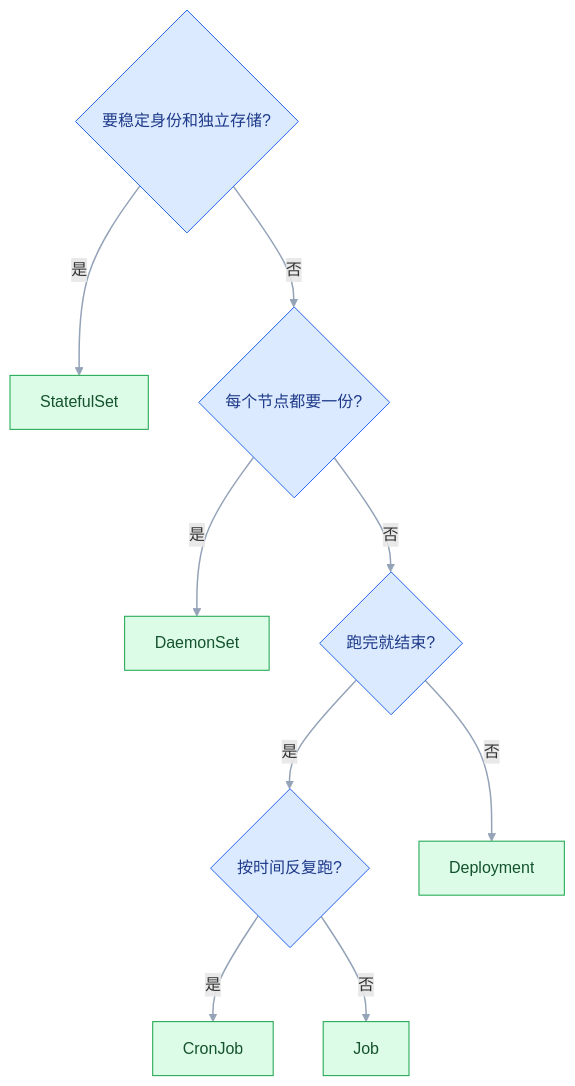
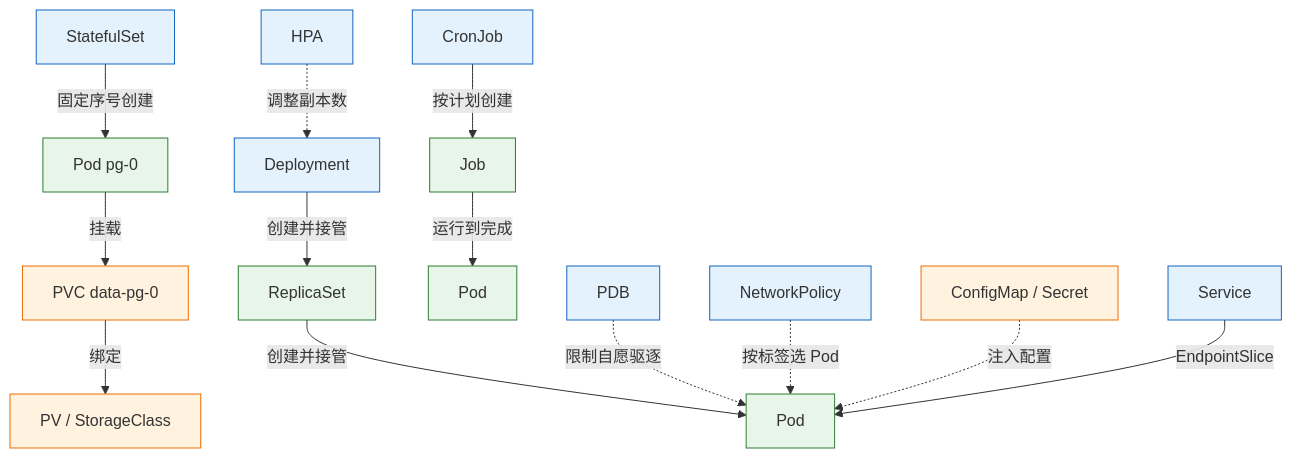
Before and after one commit to jimbosuper/studynotes: the first of 4 diagrams in blog/src/notes/07-运维/03-容器与编排/05-Kubernetes资源对象.md, drawn with Mermaid. The commit also changed other lines of this file and 367 other files, not shown here.

````diff
--- a/blog/src/notes/07-运维/03-容器与编排/05-Kubernetes资源对象.md
+++ b/blog/src/notes/07-运维/03-容器与编排/05-Kubernetes资源对象.md
@@ -688,15 +41,21 @@
 ```mermaid
 flowchart TD
-    classDef ok fill:#DCFCE7,stroke:#16A34A,color:#14532D
-    classDef ask fill:#DBEAFE,stroke:#2563EB,color:#1E3A8A
-
-    Q1{"要稳定身份和独立存储?"}:::ask -->|"是"| SS["StatefulSet"]:::ok
-    Q1 -->|"否"| Q2{"每个节点都要一份?"}:::ask
-    Q2 -->|"是"| DS["DaemonSet"]:::ok
-    Q2 -->|"否"| Q3{"跑完就结束?"}:::ask
-    Q3 -->|"是"| Q4{"按时间反复跑?"}:::ask
-    Q4 -->|"是"| CJ["CronJob"]:::ok
-    Q4 -->|"否"| J["Job"]:::ok
-    Q3 -->|"否"| DP["Deployment"]:::ok
-    linkStyle default stroke:#94A3B8,stroke-width:1.5px
+    D["Deployment"] -->|"创建并接管"| RS["ReplicaSet"]
+    RS -->|"创建并接管"| P["Pod"]
+    STS["StatefulSet"] -->|"固定序号创建"| P2["Pod pg-0"]
+    P2 -->|"挂载"| PVC["PVC data-pg-0"]
+    PVC -->|"绑定"| PV["PV / StorageClass"]
+    CJ["CronJob"] -->|"按计划创建"| J["Job"]
+    J -->|"运行到完成"| P3["Pod"]
+    HPA["HPA"] -.->|"调整副本数"| D
+    PDB["PDB"] -.->|"限制自愿驱逐"| P
+    NP["NetworkPolicy"] -.->|"按标签选 Pod"| P
+    CM["ConfigMap / Secret"] -.->|"注入配置"| P
+    SVC["Service"] -->|"EndpointSlice"| P
+    classDef client fill:#e3f2fd,stroke:#1565c0;
+    classDef engine fill:#e8f5e9,stroke:#2e7d32;
+    classDef image fill:#fff3e0,stroke:#ef6c00;
+    class D,STS,CJ,HPA,PDB,NP,SVC client
+    class RS,J,P,P2,P3 engine
+    class PVC,PV,CM image
 ```
````
